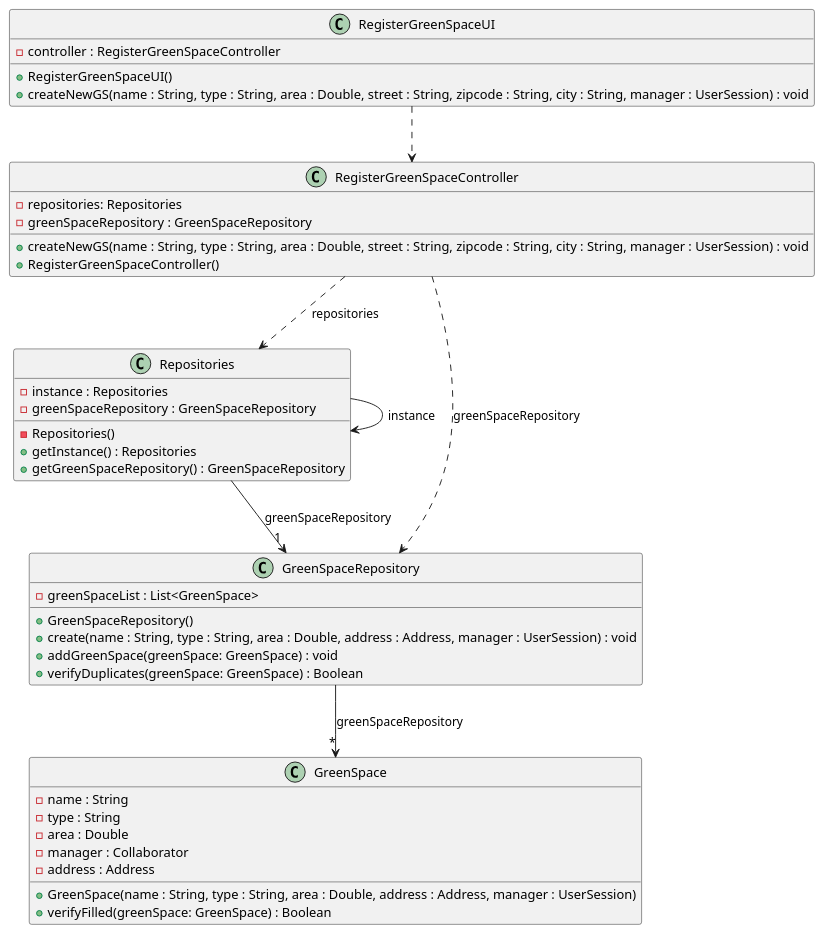
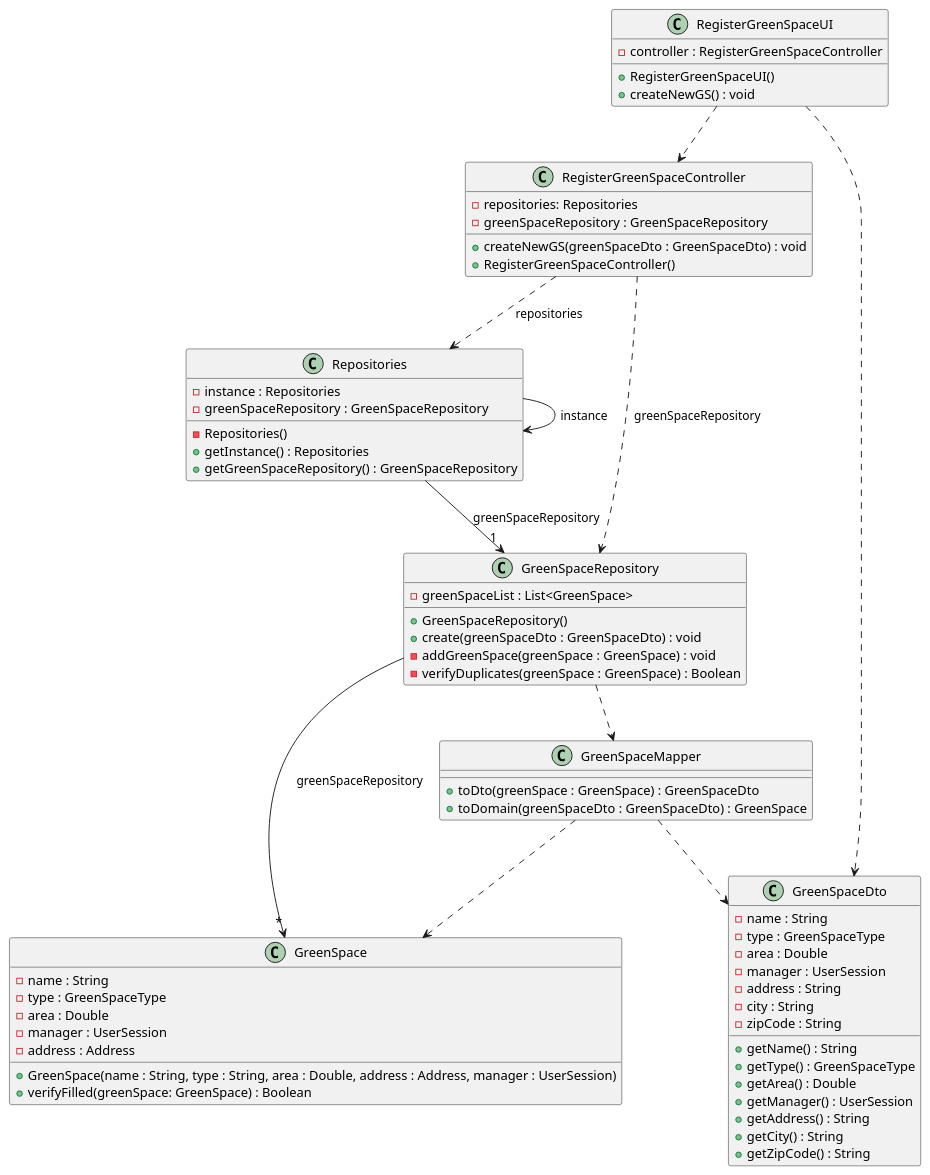
Before and after one commit to ricardomm7/leaflink: the diagram in docs/sprintC/us020/03.design/puml/us020-class-diagram.puml, drawn with PlantUML. The commit also changed 15 other files, not shown here.

Commit message:
JobDto and GreenSpaceDto only dismantled on the respective repositories. Reduces dependence on the mapper.

```diff
--- a/docs/sprintC/us020/03.design/puml/us020-class-diagram.puml
+++ b/docs/sprintC/us020/03.design/puml/us020-class-diagram.puml
@@ -1,55 +1,80 @@
 @startuml
 skinparam shadowing false
 skinparam line type polyline
 
 'left to right direction
 
     class RegisterGreenSpaceUI {
         - controller : RegisterGreenSpaceController
         + RegisterGreenSpaceUI()
-        + createNewGS(name : String, type : String, area : Double, street : String, zipcode : String, city : String, manager : UserSession) : void
+        + createNewGS() : void
         '- parseAddress(street : String, zipcode : String, city : String) : Address
     }
 
     class RegisterGreenSpaceController {
         - repositories: Repositories
         - greenSpaceRepository : GreenSpaceRepository
-        + createNewGS(name : String, type : String, area : Double, street : String, zipcode : String, city : String, manager : UserSession) : void
+        + createNewGS(greenSpaceDto : GreenSpaceDto) : void
         + RegisterGreenSpaceController()
     }
 
     class Repositories {
         - instance : Repositories
         - greenSpaceRepository : GreenSpaceRepository
         - Repositories()
         + getInstance() : Repositories
         + getGreenSpaceRepository() : GreenSpaceRepository
     }
 
     class GreenSpaceRepository {
         - greenSpaceList : List<GreenSpace>
-
         + GreenSpaceRepository()
-        + create(name : String, type : String, area : Double, address : Address, manager : UserSession) : void
-        + addGreenSpace(greenSpace: GreenSpace) : void
-        + verifyDuplicates(greenSpace: GreenSpace) : Boolean
+        + create(greenSpaceDto : GreenSpaceDto) : void
+        - addGreenSpace(greenSpace : GreenSpace) : void
+        - verifyDuplicates(greenSpace : GreenSpace) : Boolean
     }
 
     class GreenSpace {
         - name : String
-        - type : String
+        - type : GreenSpaceType
         - area : Double
-        - manager : Collaborator
+        - manager : UserSession
         - address : Address
         + GreenSpace(name : String, type : String, area : Double, address : Address, manager : UserSession)
         + verifyFilled(greenSpace: GreenSpace) : Boolean
+    }
+
+    class GreenSpaceDto{
+        - name : String
+        - type : GreenSpaceType
+        - area : Double
+        - manager : UserSession
+        - address : String
+        - city : String
+        - zipCode : String
+        + getName() : String
+        + getType() : GreenSpaceType
+        + getArea() : Double
+        + getManager() : UserSession
+        + getAddress() : String
+        + getCity() : String
+        + getZipCode() : String
+    }
+
+    class GreenSpaceMapper{
+        +toDto(greenSpace : GreenSpace) : GreenSpaceDto
+        +toDomain(greenSpaceDto : GreenSpaceDto) : GreenSpace
     }
 
 RegisterGreenSpaceUI ..> RegisterGreenSpaceController
 RegisterGreenSpaceController ..> Repositories: repositories
 Repositories --> Repositories: instance
 RegisterGreenSpaceController ..> GreenSpaceRepository: greenSpaceRepository
 Repositories --> "1"GreenSpaceRepository: greenSpaceRepository
 GreenSpaceRepository -->"*" GreenSpace: greenSpaceRepository
+RegisterGreenSpaceUI ..> GreenSpaceDto
+GreenSpaceRepository ..> GreenSpaceMapper
+GreenSpaceMapper ..> GreenSpace
+GreenSpaceMapper ..> GreenSpaceDto
 
 @enduml
```
